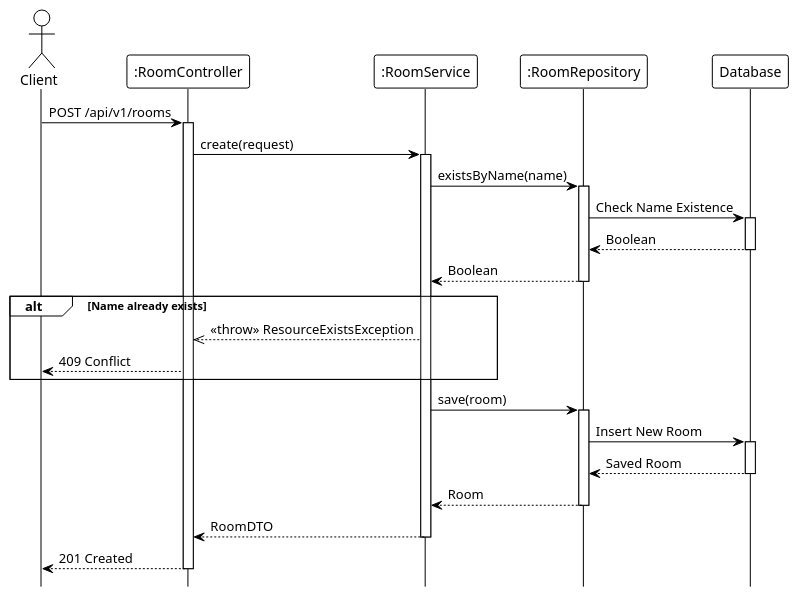
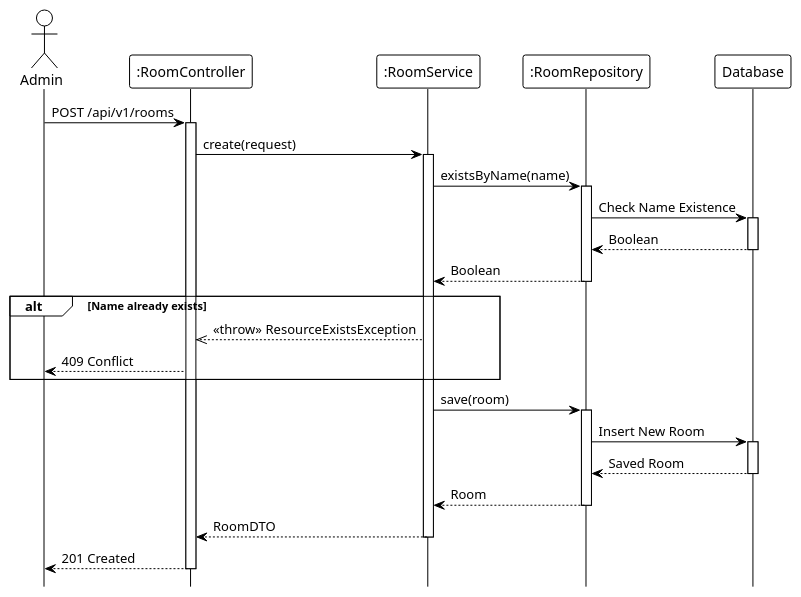
One commit to Ndh474/context changed the diagram in system_detailed_design/57_create_room/sequence_diagram_create_room.puml. Above: the diagram before and after it, drawn with PlantUML. The commit also changed 61 other files, not shown here.

First line of the commit message:
refactor(diagrams): update actor from Client to Admin in sequence diagrams

```diff
--- a/system_detailed_design/57_create_room/sequence_diagram_create_room.puml
+++ b/system_detailed_design/57_create_room/sequence_diagram_create_room.puml
@@ -1,53 +1,53 @@
 @startuml create_room
 !theme plain
 hide footbox
 
-actor Client
+actor Admin
 participant ":RoomController" as Controller
 participant ":RoomService" as Service
 participant ":RoomRepository" as Repository
 participant "Database" as DB
 
 ' --- MAIN FLOW ---
-Client -> Controller: POST /api/v1/rooms
+Admin -> Controller: POST /api/v1/rooms
 activate Controller
 
 Controller -> Service: create(request)
 activate Service
 
 ' --- VALIDATION LOGIC ---
 Service -> Repository: existsByName(name)
 activate Repository
 
 Repository -> DB: Check Name Existence
 activate DB
 DB --> Repository: Boolean
 deactivate DB
 
 Repository --> Service: Boolean
 deactivate Repository
 
 alt Name already exists
     Service -->> Controller: <<throw>> ResourceExistsException
-    Controller --> Client: 409 Conflict
+    Controller --> Admin: 409 Conflict
 end
 
 ' --- SAVE TO DATABASE ---
 Service -> Repository: save(room)
 activate Repository
 
 Repository -> DB: Insert New Room
 activate DB
 DB --> Repository: Saved Room
 deactivate DB
 
 Repository --> Service: Room
 deactivate Repository
 
 Service --> Controller: RoomDTO
 deactivate Service
 
-Controller --> Client: 201 Created
+Controller --> Admin: 201 Created
 deactivate Controller
 
 @enduml
```
